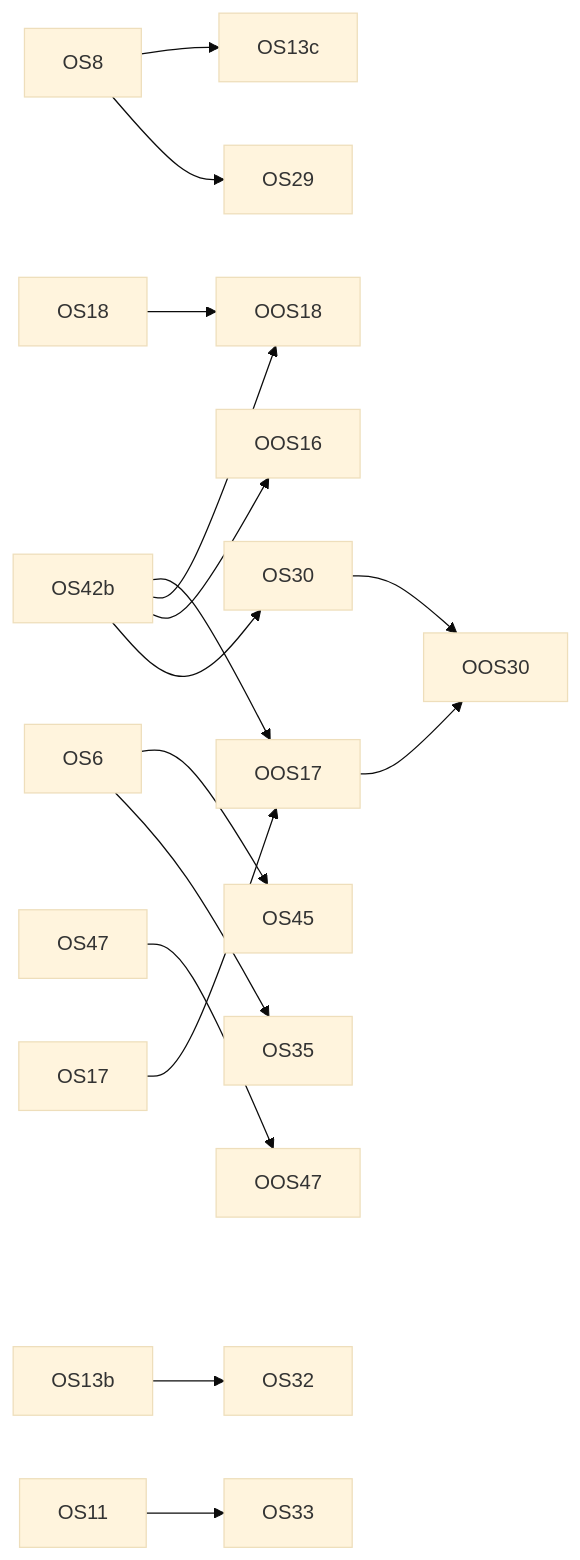
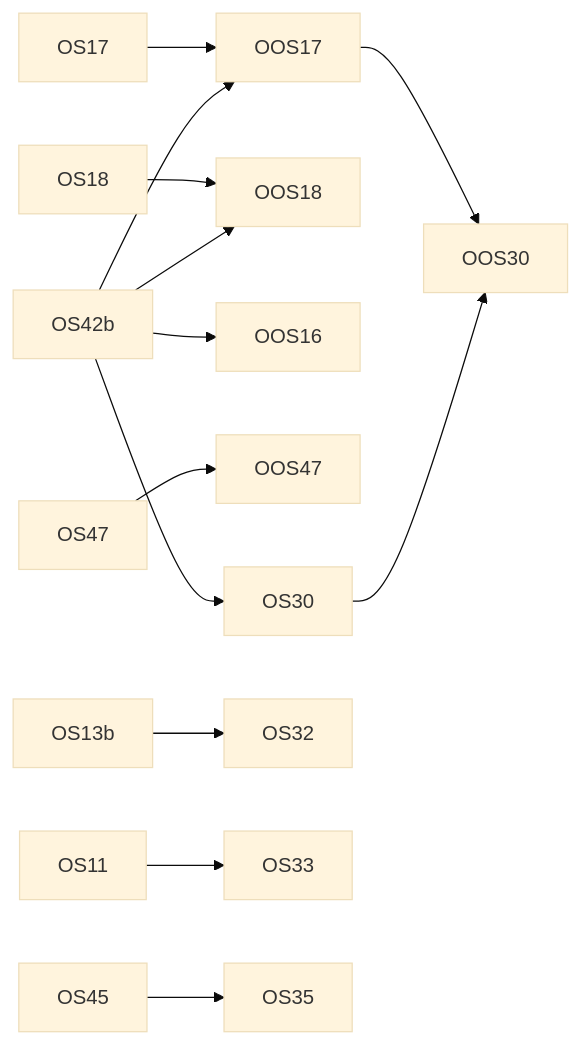
One commit to diy-accounting-uk/submit.diyaccounting.co.uk changed the diagram in PLAN_ORGANIC_SEARCH.md. Above: the diagram before and after it, drawn with Mermaid (base theme). The commit also changed other lines of this file and 1 other file, not shown here.

````diff
--- a/PLAN_ORGANIC_SEARCH.md
+++ b/PLAN_ORGANIC_SEARCH.md
@@ -903,18 +899,15 @@
 ```mermaid
 flowchart LR
-  OS6 --> OS45
-  OS8 --> OS13c
   OS42b --> OOS17
   OS42b --> OOS18
   OS17 --> OOS17
   OS18 --> OOS18
   OS42b --> OOS16
   OS47 --> OOS47
-  OS8 --> OS29
   OS30 --> OOS30
   OOS17 --> OOS30
   OS13b --> OS32
   OS42b --> OS30
   OS11 --> OS33
-  OS6 --> OS35
+  OS45 --> OS35
 ```
````
